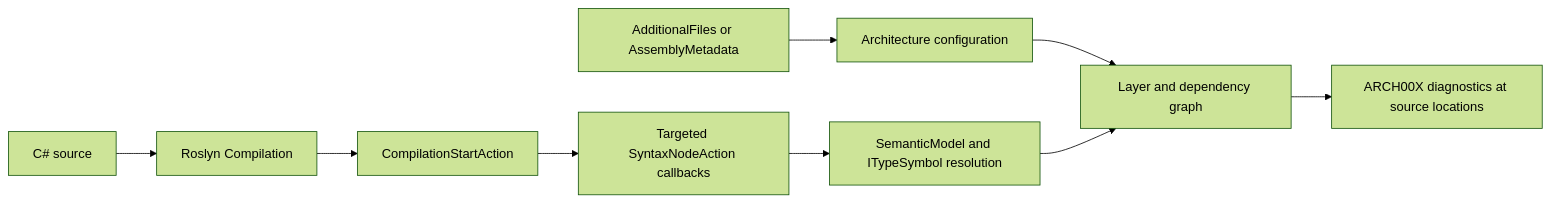
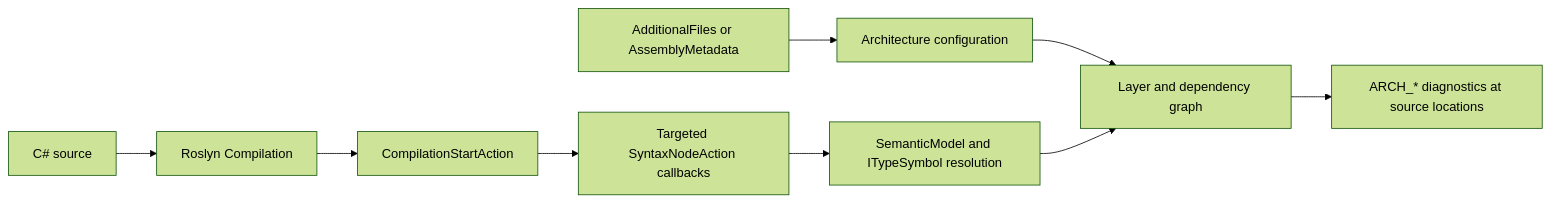
The diagram in docs/introduction.md (RonSijm/RonSijm.AnaalIJzer), drawn with Mermaid (forest theme) before and after one commit. The commit also changed other lines of this file and 1190 other files, not shown here.

````diff
--- a/docs/introduction.md
+++ b/docs/introduction.md
@@ -102,11 +112,11 @@
 ```mermaid
 flowchart LR
     Source["C# source"] --> Compilation["Roslyn Compilation"]
     Settings["AdditionalFiles or AssemblyMetadata"] --> Config["Architecture configuration"]
     Compilation --> Start["CompilationStartAction"]
     Start --> Syntax["Targeted SyntaxNodeAction callbacks"]
     Syntax --> Semantics["SemanticModel and ITypeSymbol resolution"]
     Config --> Rules["Layer and dependency graph"]
     Semantics --> Rules
-    Rules --> Diagnostics["ARCH00X diagnostics at source locations"]
+    Rules --> Diagnostics["ARCH_* diagnostics at source locations"]
 ```
````
